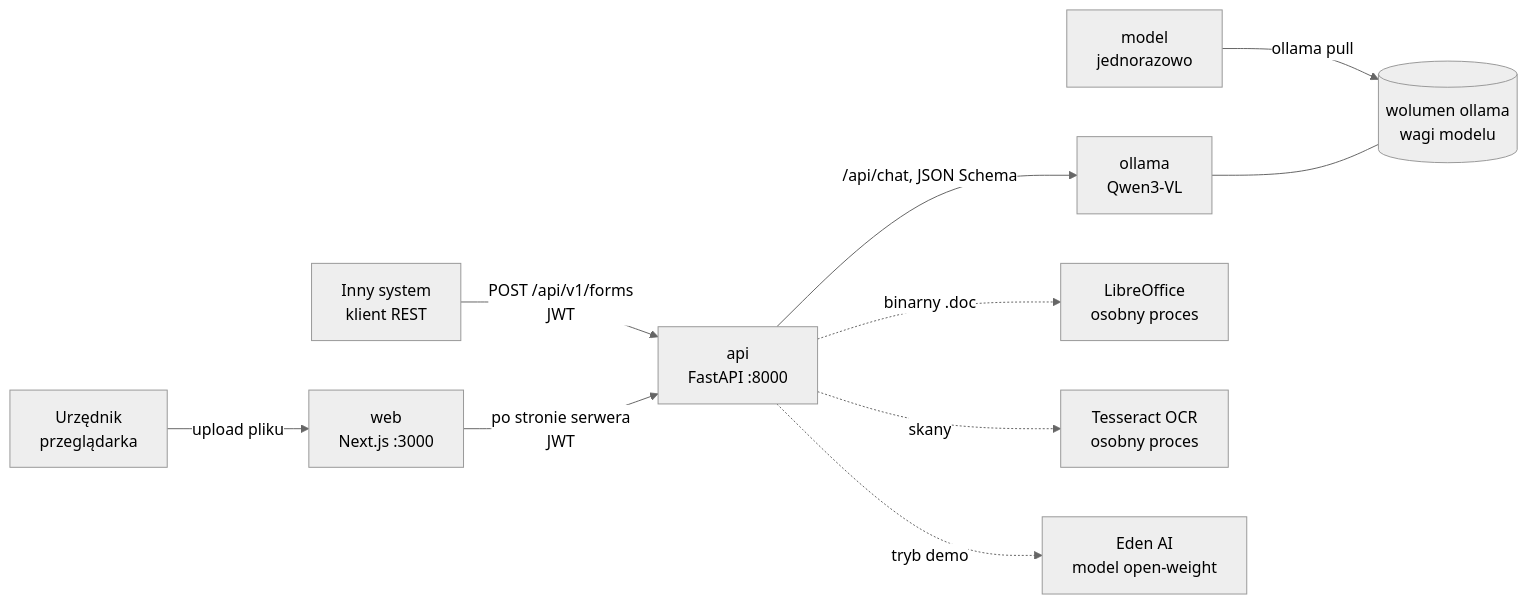
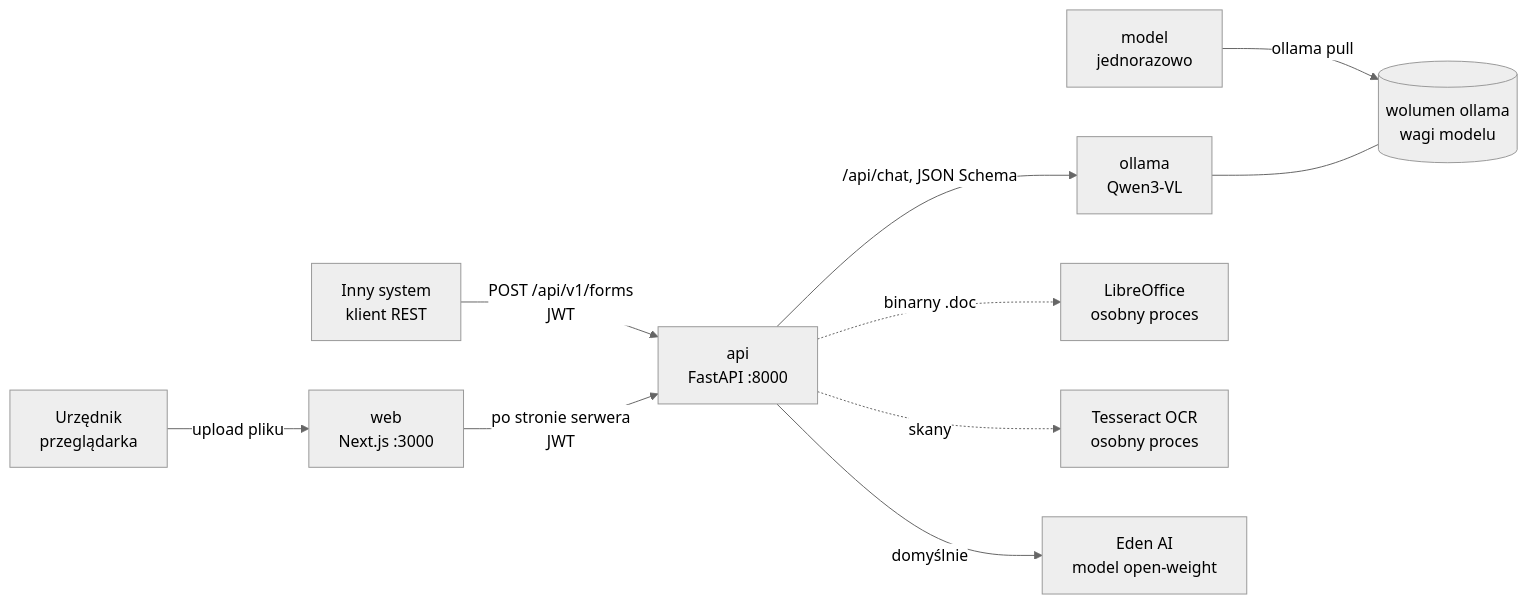
One commit to FroggeryBask/Hacknation2026 changed the diagram in docs/architektura.md. Above: the diagram before and after it, drawn with Mermaid (neutral theme). The commit also changed other lines of this file and 16 other files, not shown here.

````diff
--- a/docs/architektura.md
+++ b/docs/architektura.md
@@ -17,12 +17,12 @@
 ```mermaid
 flowchart LR
     U[Urzędnik<br/>przeglądarka] -->|upload pliku| W[web<br/>Next.js :3000]
     K[Inny system<br/>klient REST] -->|POST /api/v1/forms<br/>JWT| A
     W -->|po stronie serwera<br/>JWT| A[api<br/>FastAPI :8000]
     A -->|/api/chat, JSON Schema| O[ollama<br/>Qwen3-VL]
     M[model<br/>jednorazowo] -->|ollama pull| V[(wolumen ollama<br/>wagi modelu)]
     O --- V
     A -.->|binarny .doc| L[LibreOffice<br/>osobny proces]
     A -.->|skany| T[Tesseract OCR<br/>osobny proces]
-    A -.->|tryb demo| E[Eden AI<br/>model open-weight]
+    A -->|domyślnie| E[Eden AI<br/>model open-weight]
 ```
````
